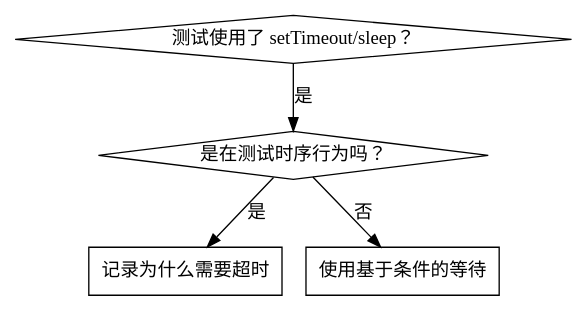
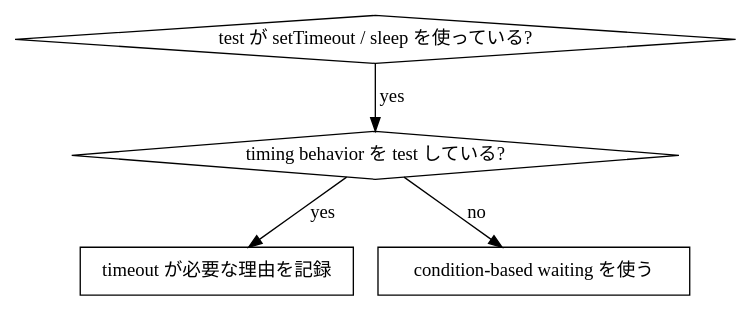
The diagram in skills/systematic-debugging/condition-based-waiting.md (sscodeai/superpowers-ja), drawn with Graphviz before and after one commit. The commit also changed other lines of this file and 5 other files, not shown here.

````diff
--- a/skills/systematic-debugging/condition-based-waiting.md
+++ b/skills/systematic-debugging/condition-based-waiting.md
@@ -11,12 +11,12 @@
 ```dot
 digraph when_to_use {
-    "测试使用了 setTimeout/sleep？" [shape=diamond];
-    "是在测试时序行为吗？" [shape=diamond];
-    "记录为什么需要超时" [shape=box];
-    "使用基于条件的等待" [shape=box];
+    "test が setTimeout / sleep を使っている?" [shape=diamond];
+    "timing behavior を test している?" [shape=diamond];
+    "timeout が必要な理由を記録" [shape=box];
+    "condition-based waiting を使う" [shape=box];
 
-    "测试使用了 setTimeout/sleep？" -> "是在测试时序行为吗？" [label="是"];
-    "是在测试时序行为吗？" -> "记录为什么需要超时" [label="是"];
-    "是在测试时序行为吗？" -> "使用基于条件的等待" [label="否"];
+    "test が setTimeout / sleep を使っている?" -> "timing behavior を test している?" [label="yes"];
+    "timing behavior を test している?" -> "timeout が必要な理由を記録" [label="yes"];
+    "timing behavior を test している?" -> "condition-based waiting を使う" [label="no"];
 }
 ```
````
